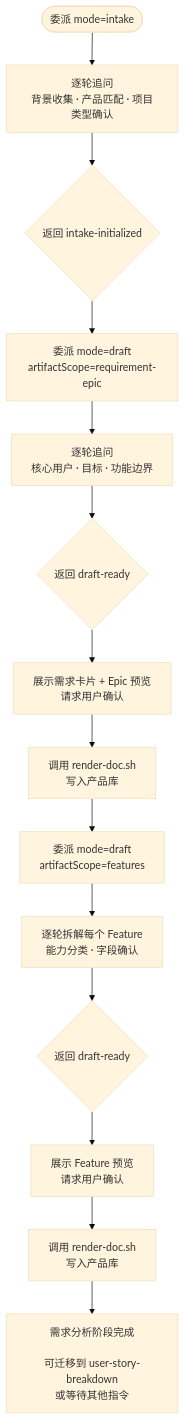
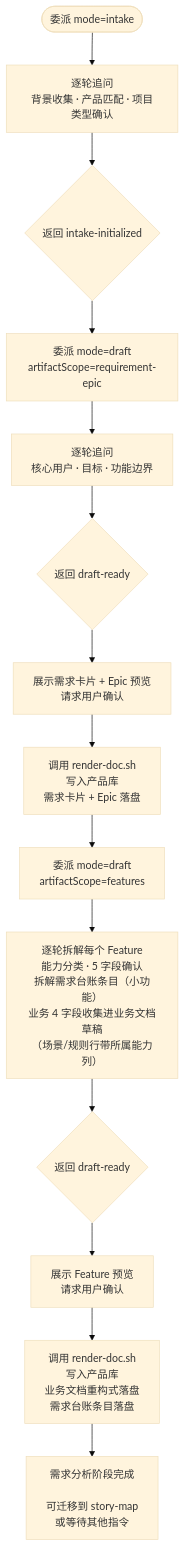
One commit to Tiger0521/pm-orchestrator changed the third of 8 diagrams in README.md. Above: the diagram before and after it, drawn with Mermaid (base theme). The commit also changed other lines of this file and 85 other files, not shown here.

Commit message:
release: V4.0.3 移除用户故事地图总览产物；story-map合并需求拆解、新增sprint-planner与phase-navigator；修复原型框选拖拽锁定与迭代规划表格wikilink转义

````diff
--- a/README.md
+++ b/README.md
@@ -417,19 +422,19 @@
 ```mermaid
 flowchart TD
     Intake([委派 mode=intake]) --> Q1[逐轮追问<br/>背景收集 · 产品匹配 · 项目类型确认]
     Q1 --> Initialized{返回 intake-initialized}
     Initialized --> DraftEpisode[委派 mode=draft<br/>artifactScope=requirement-epic]
 
     DraftEpisode --> DraftQ[逐轮追问<br/>核心用户 · 目标 · 功能边界]
     DraftQ --> DraftReady{返回 draft-ready}
     DraftReady --> Confirm1[展示需求卡片 + Epic 预览<br/>请求用户确认]
-    Confirm1 --> Persist1[调用 render-doc.sh<br/>写入产品库]
+    Confirm1 --> Persist1[调用 render-doc.sh<br/>写入产品库<br/>需求卡片 + Epic 落盘]
 
     Persist1 --> FeatureEpisode[委派 mode=draft<br/>artifactScope=features]
-    FeatureEpisode --> FeatureQ[逐轮拆解每个 Feature<br/>能力分类 · 字段确认]
+    FeatureEpisode --> FeatureQ[逐轮拆解每个 Feature<br/>能力分类 · 5 字段确认<br/>拆解需求台账条目（小功能）<br/>业务 4 字段收集进业务文档草稿<br/>（场景/规则行带所属能力列）]
     FeatureQ --> FeatureReady{返回 draft-ready}
     FeatureReady --> Confirm2[展示 Feature 预览<br/>请求用户确认]
-    Confirm2 --> Persist2[调用 render-doc.sh<br/>写入产品库]
+    Confirm2 --> Persist2[调用 render-doc.sh<br/>写入产品库<br/>业务文档重构式落盘<br/>需求台账条目落盘]
 
-    Persist2 --> PhaseDone[需求分析阶段完成<br/><br/>可迁移到 user-story-breakdown<br/>或等待其他指令]
+    Persist2 --> PhaseDone[需求分析阶段完成<br/><br/>可迁移到 story-map<br/>或等待其他指令]
 ```
````
